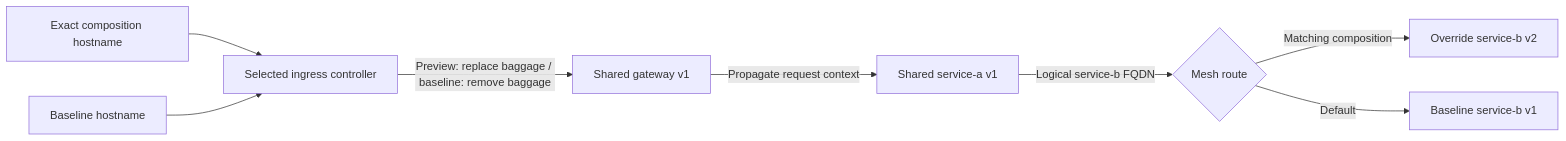
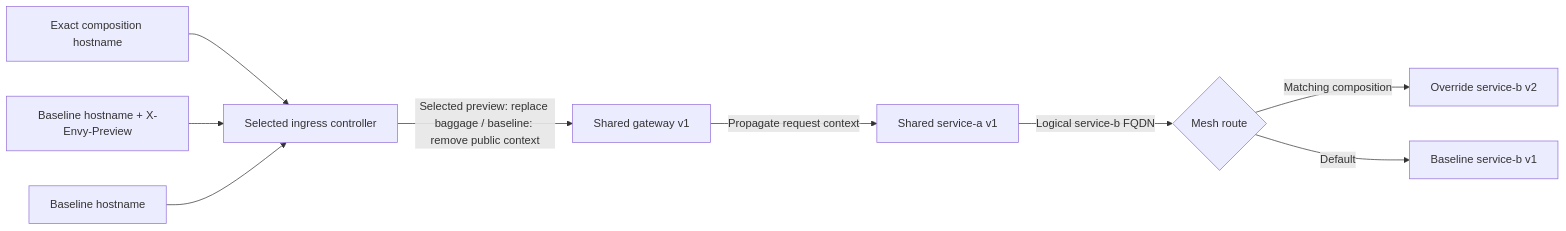
The diagram in docs/routing.md (dblooman/envy), drawn with Mermaid before and after one commit. The commit also changed other lines of this file and 19 other files, not shown here.

````diff
--- a/docs/routing.md
+++ b/docs/routing.md
@@ -8,10 +8,11 @@
 ```mermaid
 flowchart LR
   Preview[Exact composition hostname] --> Ingress[Selected ingress controller]
+  Selector[Baseline hostname + X-Envy-Preview] --> Ingress
   Baseline[Baseline hostname] --> Ingress
-  Ingress -->|Preview: replace baggage / baseline: remove baggage| Gateway[Shared gateway v1]
+  Ingress -->|Selected preview: replace baggage / baseline: remove public context| Gateway[Shared gateway v1]
   Gateway -->|Propagate request context| A[Shared service-a v1]
   A -->|Logical service-b FQDN| Route{Mesh route}
   Route -->|Matching composition| B2[Override service-b v2]
   Route -->|Default| B1[Baseline service-b v1]
 ```
````
